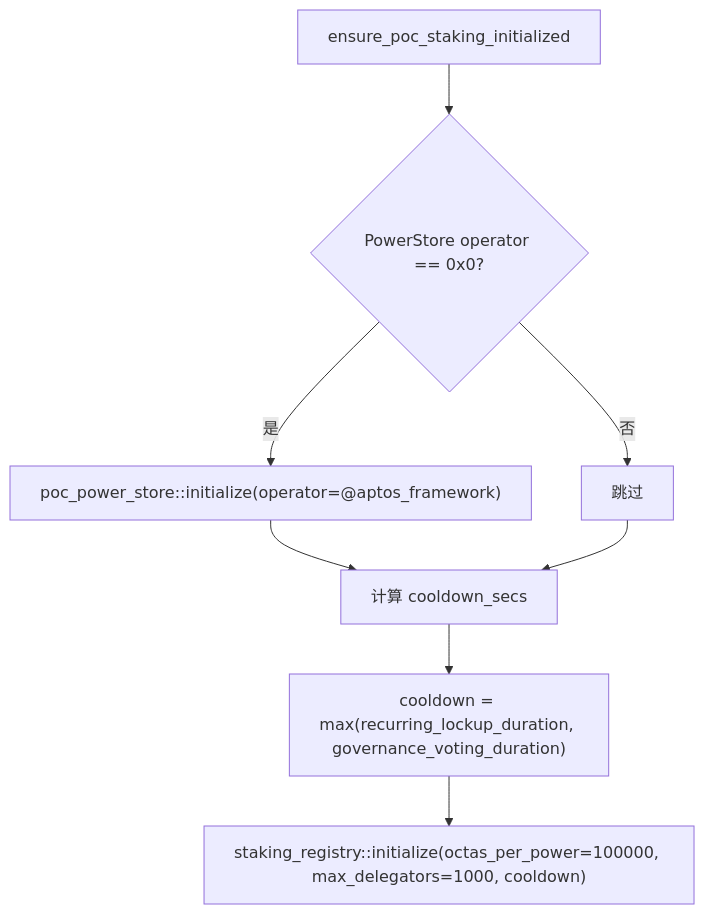
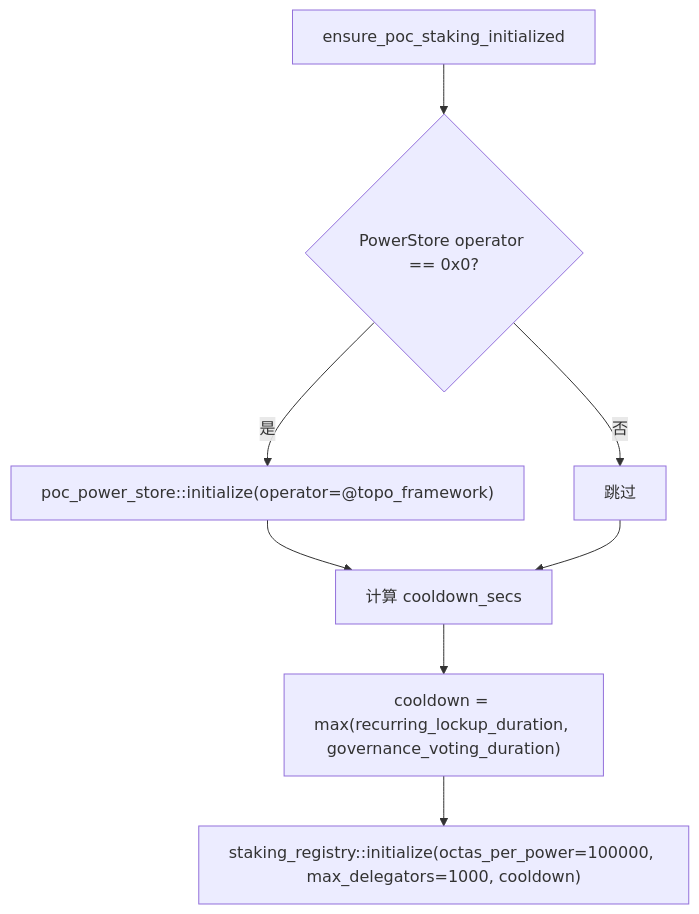
Before and after one commit to tuminfei/aptos-core: the fourth of 8 diagrams in aptos-move/framework/topo-framework/doc/poc/poc_v5/10-创世初始化流程.md, drawn with Mermaid. The commit also changed other lines of this file and 517 other files, not shown here.

````diff
--- a/aptos-move/framework/topo-framework/doc/poc/poc_v5/10-创世初始化流程.md
+++ b/aptos-move/framework/topo-framework/doc/poc/poc_v5/10-创世初始化流程.md
@@ -136,11 +136,11 @@
 ```mermaid
 flowchart TD
     A[ensure_poc_staking_initialized] --> B{PowerStore operator == 0x0?}
-    B -->|是| C["poc_power_store::initialize(operator=@aptos_framework)"]
+    B -->|是| C["poc_power_store::initialize(operator=@topo_framework)"]
     B -->|否| D[跳过]
 
     C --> E[计算 cooldown_secs]
     D --> E
     E --> F["cooldown = max(recurring_lockup_duration, governance_voting_duration)"]
     F --> G["staking_registry::initialize(octas_per_power=100000, max_delegators=1000, cooldown)"]
 ```
````
